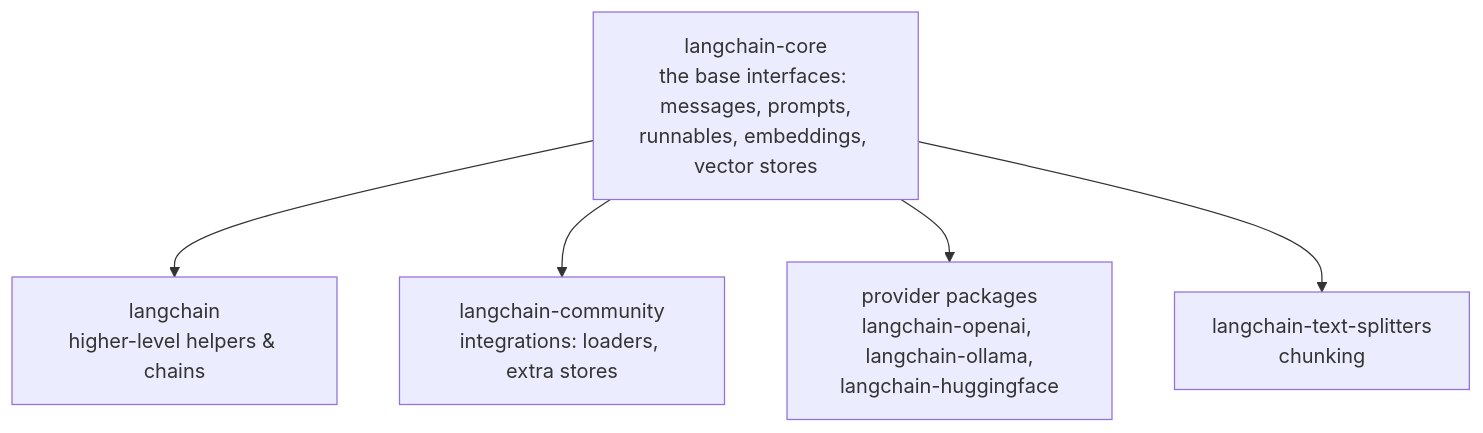
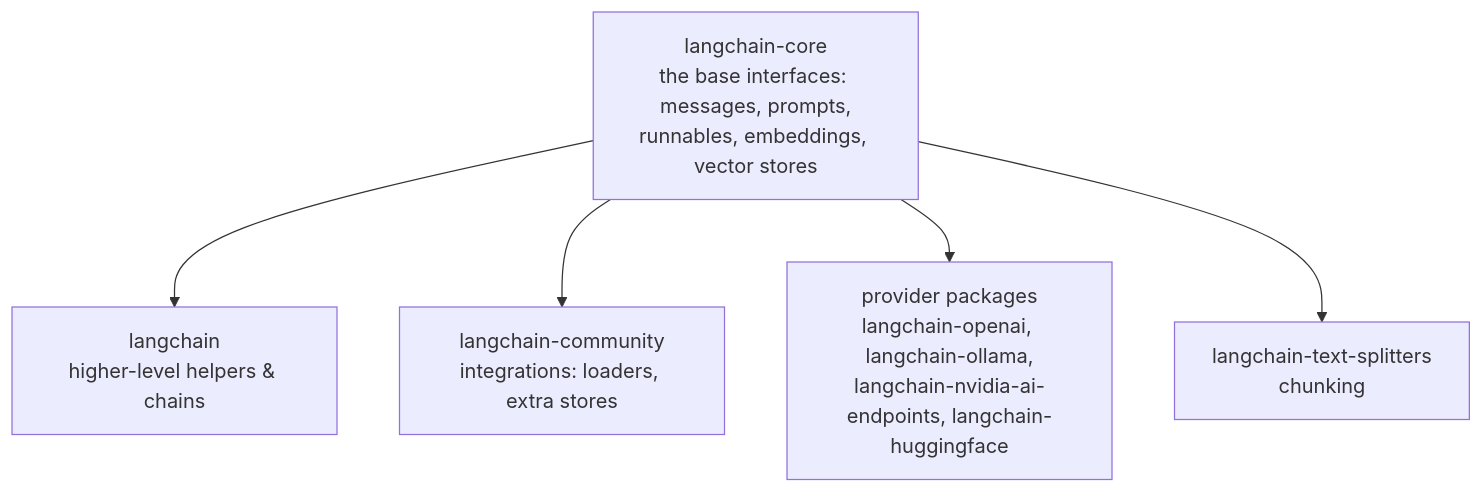
Before and after one commit to RahulHalpati/learning_docs: the first of 3 diagrams in langchain_rag/01_foundations/01_what_is_langchain_and_rag.md, drawn with Mermaid. The commit also changed 154 other files, not shown here.

````diff
--- a/langchain_rag/01_foundations/01_what_is_langchain_and_rag.md
+++ b/langchain_rag/01_foundations/01_what_is_langchain_and_rag.md
@@ -44,8 +44,8 @@
 ```mermaid
 flowchart TD
     CORE["langchain-core<br/>the base interfaces: messages, prompts,<br/>runnables, embeddings, vector stores"]
     CORE --> LC["langchain<br/>higher-level helpers & chains"]
     CORE --> COMM["langchain-community<br/>integrations: loaders, extra stores"]
-    CORE --> PROV["provider packages<br/>langchain-openai, langchain-ollama,<br/>langchain-huggingface"]
+    CORE --> PROV["provider packages<br/>langchain-openai, langchain-ollama,<br/>langchain-nvidia-ai-endpoints, langchain-huggingface"]
     CORE --> TS["langchain-text-splitters<br/>chunking"]
 ```
````
